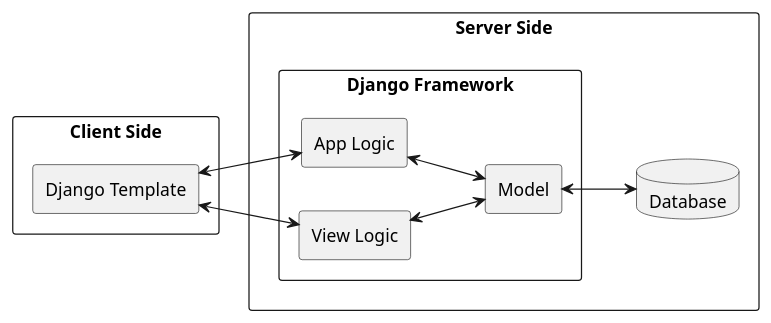
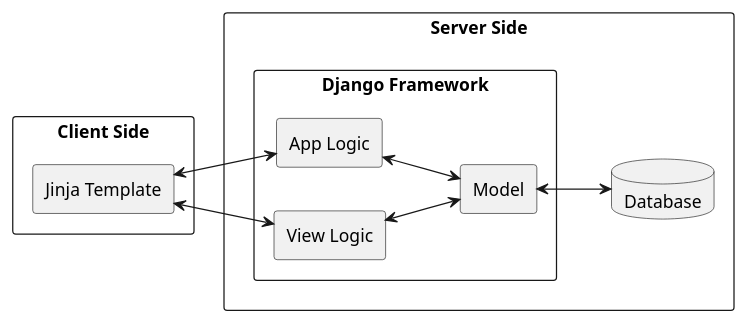
One commit to memeLab/Jandig changed the diagram in docs/images/plantUML/mtv-architecture-diagram.puml. Above: the diagram before and after it, drawn with PlantUML. The commit also changed 1 other file, not shown here.

Commit message:
Improve Architectural Representation topic of SAD

```diff
--- a/docs/images/plantUML/mtv-architecture-diagram.puml
+++ b/docs/images/plantUML/mtv-architecture-diagram.puml
@@ -1,24 +1,24 @@
 @startuml
 
 left to right direction
 
 rectangle "Client Side" as C {
-    rectangle "Django Template" as DT
+    rectangle "Jinja Template" as DT
 }
 
 rectangle "Server Side" as S {
     rectangle "Django Framework" as DF {
         rectangle "App Logic" as AL
         rectangle "View Logic" as VL
         rectangle "Model" as M
     }
     database "Database" as DB
 }
 
 DT <--> AL
 DT <--> VL
 AL <--> M
 VL <--> M
 M <--> DB
 
 @enduml
```
